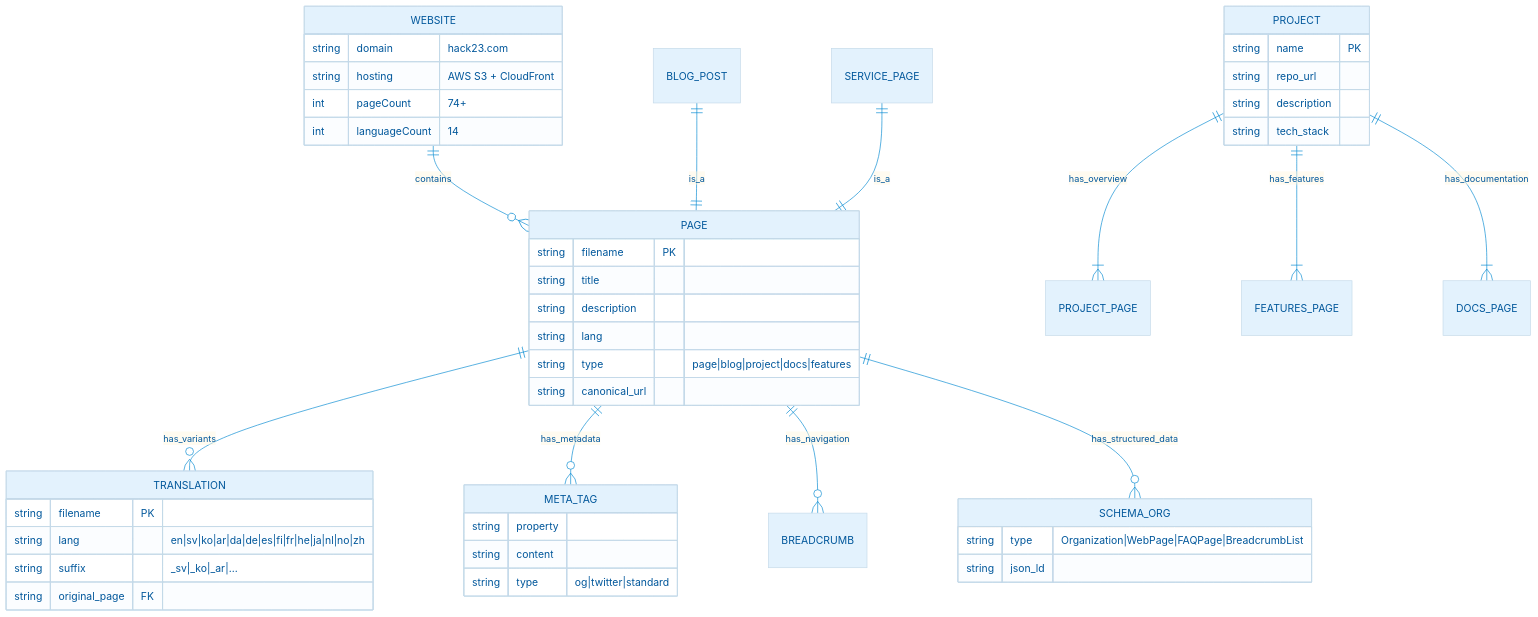
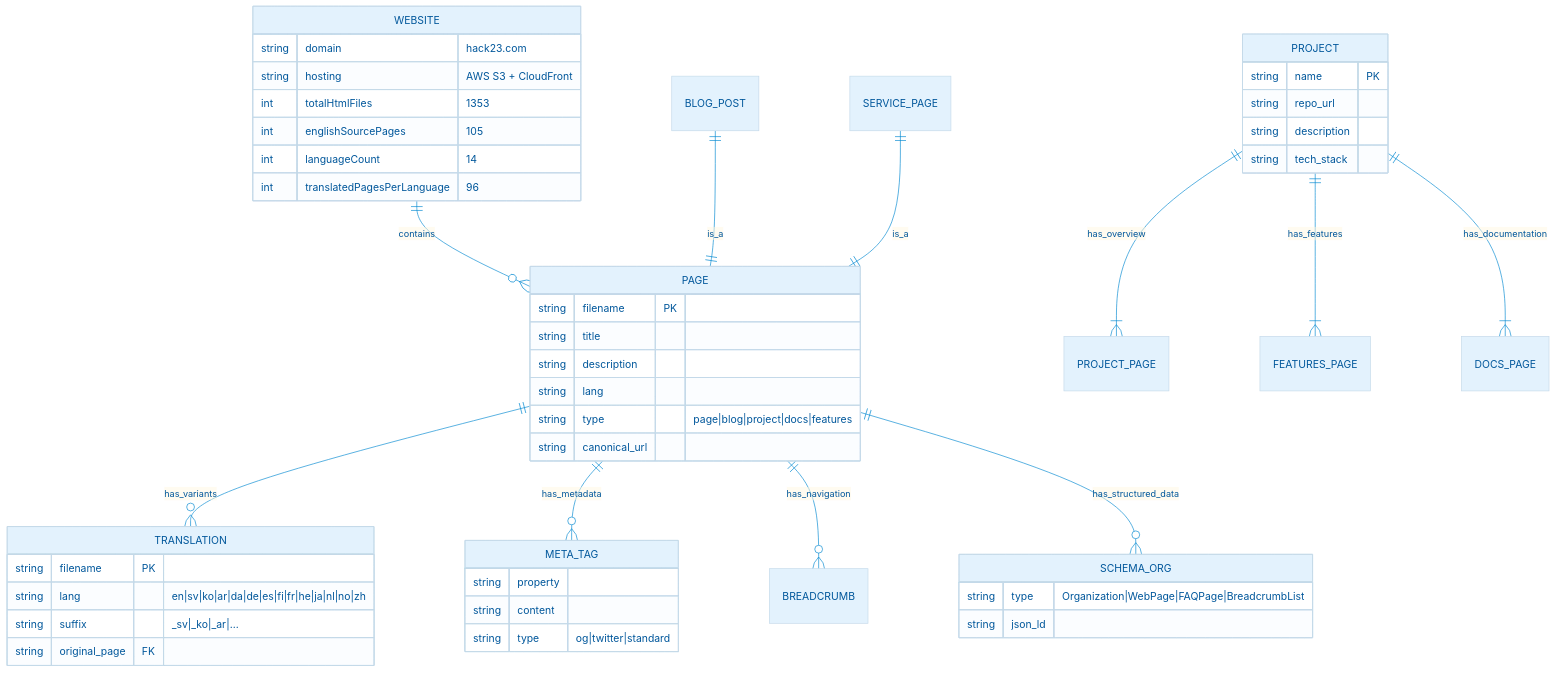
One commit to Hack23/homepage changed the first of 3 diagrams in DATA_MODEL.md. Above: the diagram before and after it, drawn with Mermaid. The commit also changed other lines of this file and 3 other files, not shown here.

First line of the commit message:
docs: refresh DATA_MODEL/FLOWCHART/STATEDIAGRAM/MINDMAP

````diff
--- a/DATA_MODEL.md
+++ b/DATA_MODEL.md
@@ -58,57 +62,59 @@
 ```mermaid
 %%{init: {"theme": "base", "themeVariables": {"primaryColor": "#e3f2fd", "primaryTextColor": "#01579b", "lineColor": "#0288d1", "secondaryColor": "#f1f8e9", "tertiaryColor": "#fff8e1"}}}%%
 erDiagram
     WEBSITE ||--o{ PAGE : contains
     PAGE ||--o{ TRANSLATION : "has_variants"
     PAGE ||--o{ META_TAG : "has_metadata"
     PAGE ||--o{ BREADCRUMB : "has_navigation"
     PAGE ||--o{ SCHEMA_ORG : "has_structured_data"
 
     PROJECT ||--|{ PROJECT_PAGE : "has_overview"
     PROJECT ||--|{ FEATURES_PAGE : "has_features"
     PROJECT ||--|{ DOCS_PAGE : "has_documentation"
 
     BLOG_POST ||--|| PAGE : "is_a"
     SERVICE_PAGE ||--|| PAGE : "is_a"
 
     WEBSITE {
         string domain "hack23.com"
         string hosting "AWS S3 + CloudFront"
-        int pageCount "74+"
+        int totalHtmlFiles "1353"
+        int englishSourcePages "105"
         int languageCount "14"
+        int translatedPagesPerLanguage "96"
     }
 
     PAGE {
         string filename PK
         string title
         string description
         string lang
         string type "page|blog|project|docs|features"
         string canonical_url
     }
 
     TRANSLATION {
         string filename PK
         string lang "en|sv|ko|ar|da|de|es|fi|fr|he|ja|nl|no|zh"
         string suffix "_sv|_ko|_ar|..."
         string original_page FK
     }
 
     PROJECT {
         string name PK
         string repo_url
         string description
         string tech_stack
     }
 
     META_TAG {
         string property
         string content
         string type "og|twitter|standard"
     }
 
     SCHEMA_ORG {
         string type "Organization|WebPage|FAQPage|BreadcrumbList"
         string json_ld
     }
 ```
````
